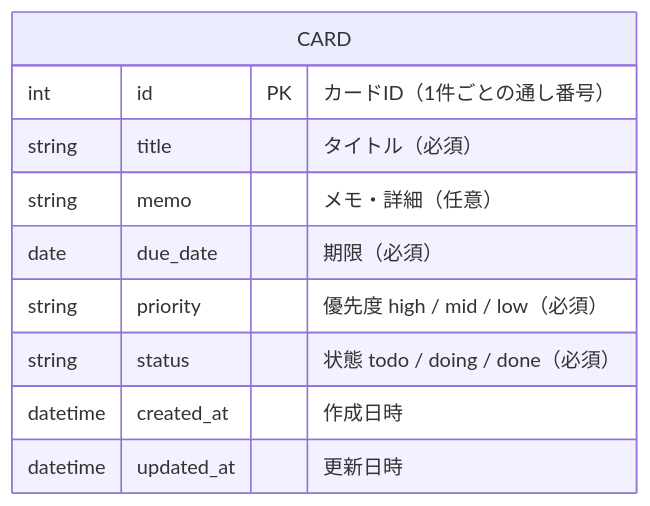
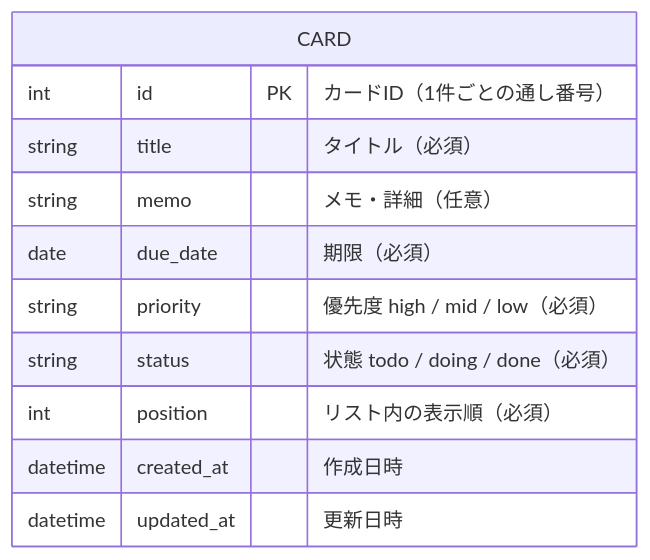
One commit to AkitoOtsuka/TaskManagement changed the diagram in docs/data-design.md. Above: the diagram before and after it, drawn with Mermaid. The commit also changed other lines of this file and 1 other file, not shown here.

````diff
--- a/docs/data-design.md
+++ b/docs/data-design.md
@@ -11,13 +11,14 @@
 ```mermaid
 erDiagram
     CARD {
         int      id PK "カードID（1件ごとの通し番号）"
         string   title "タイトル（必須）"
         string   memo "メモ・詳細（任意）"
         date     due_date "期限（必須）"
         string   priority "優先度 high / mid / low（必須）"
         string   status "状態 todo / doing / done（必須）"
+        int      position "リスト内の表示順（必須）"
         datetime created_at "作成日時"
         datetime updated_at "更新日時"
     }
 ```
````
